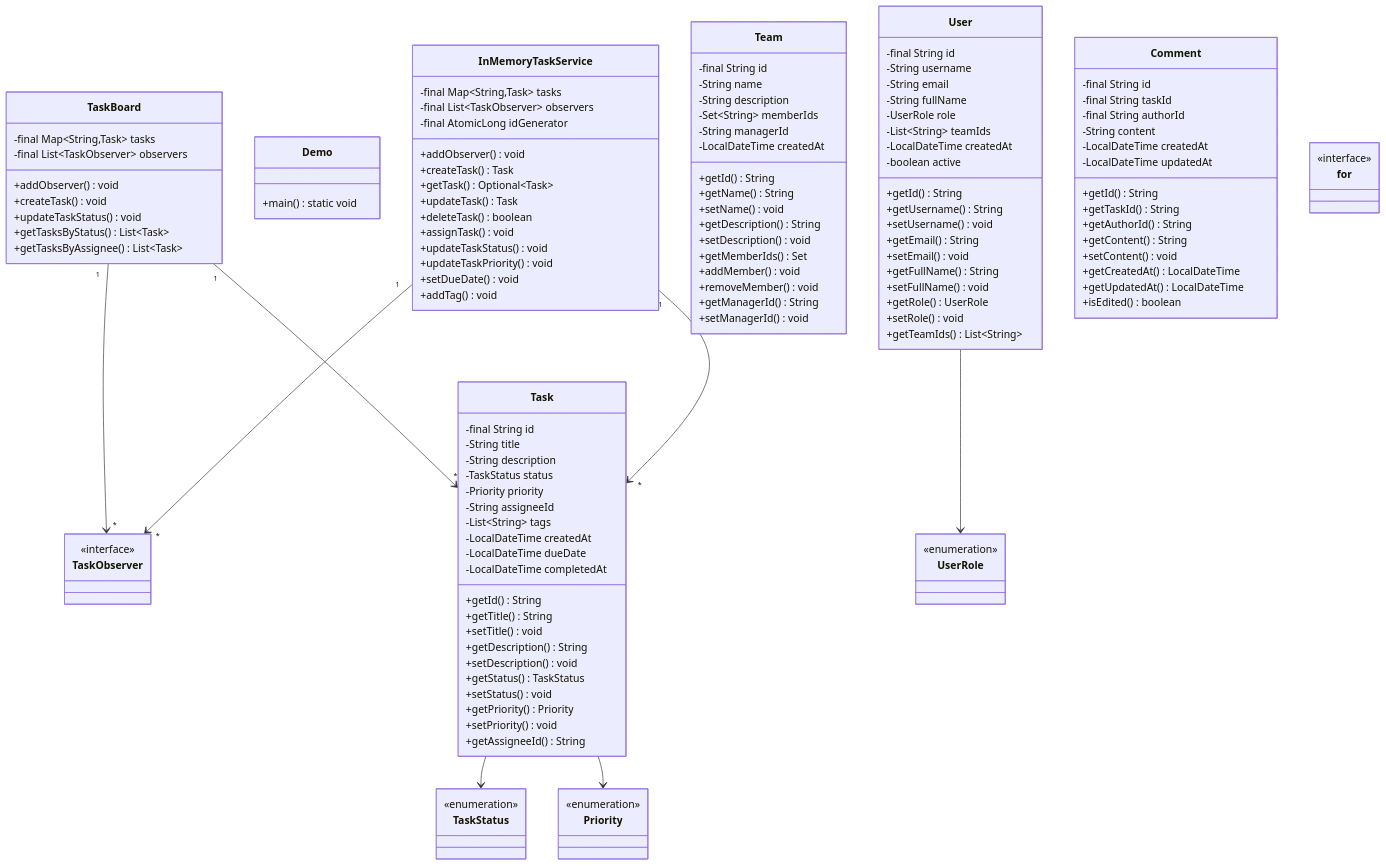
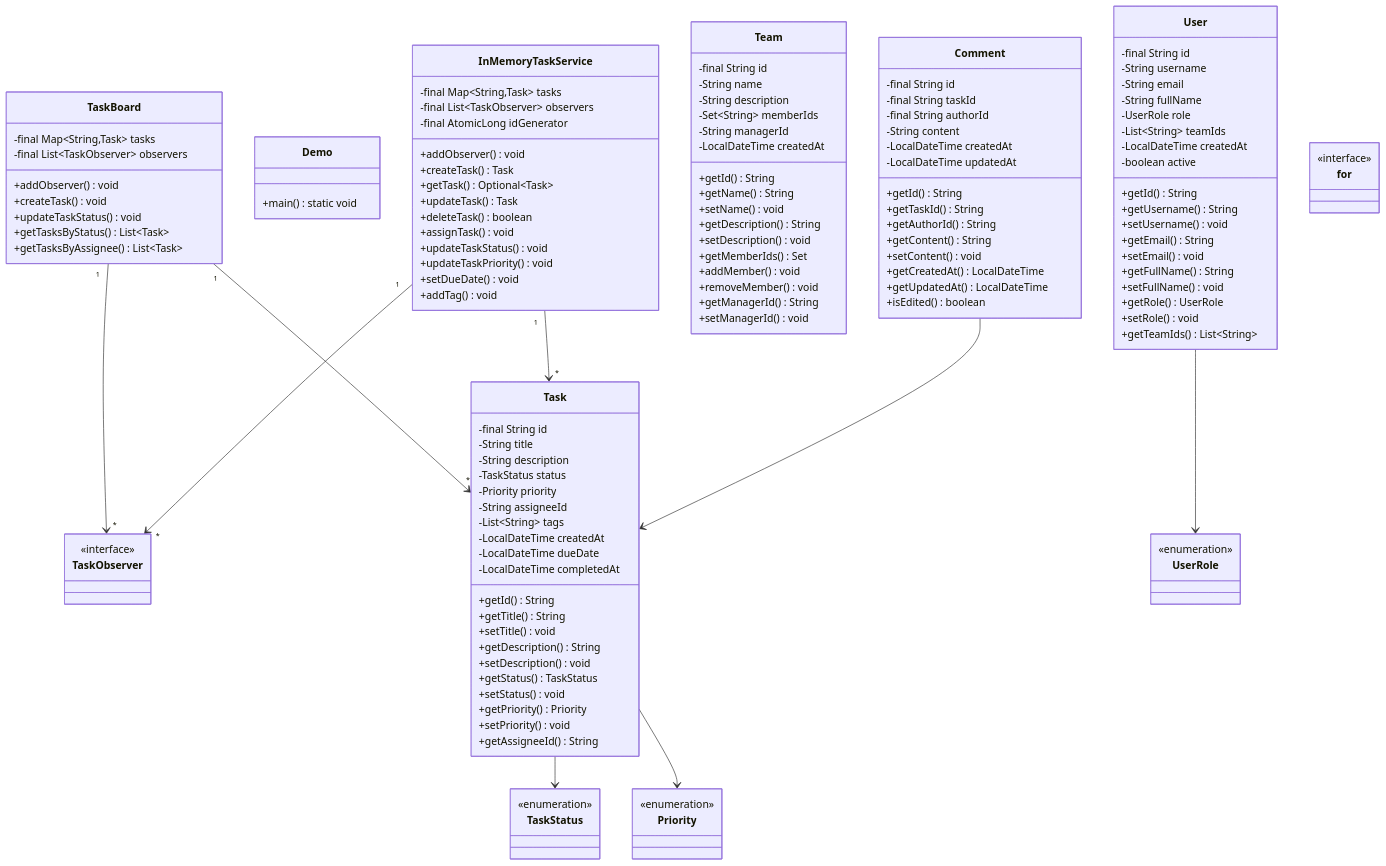
Before and after one commit to dlkr18/lld-playbook: the diagram in docs/problems/taskmanagement/README.md, drawn with Mermaid. The commit also changed 61 other files, not shown here.

````diff
--- a/docs/problems/taskmanagement/README.md
+++ b/docs/problems/taskmanagement/README.md
@@ -219,4 +219,5 @@
     InMemoryTaskService "1" --> "*" Task
     InMemoryTaskService "1" --> "*" TaskObserver
     User --> UserRole
+    Comment --> Task
 ```
````
